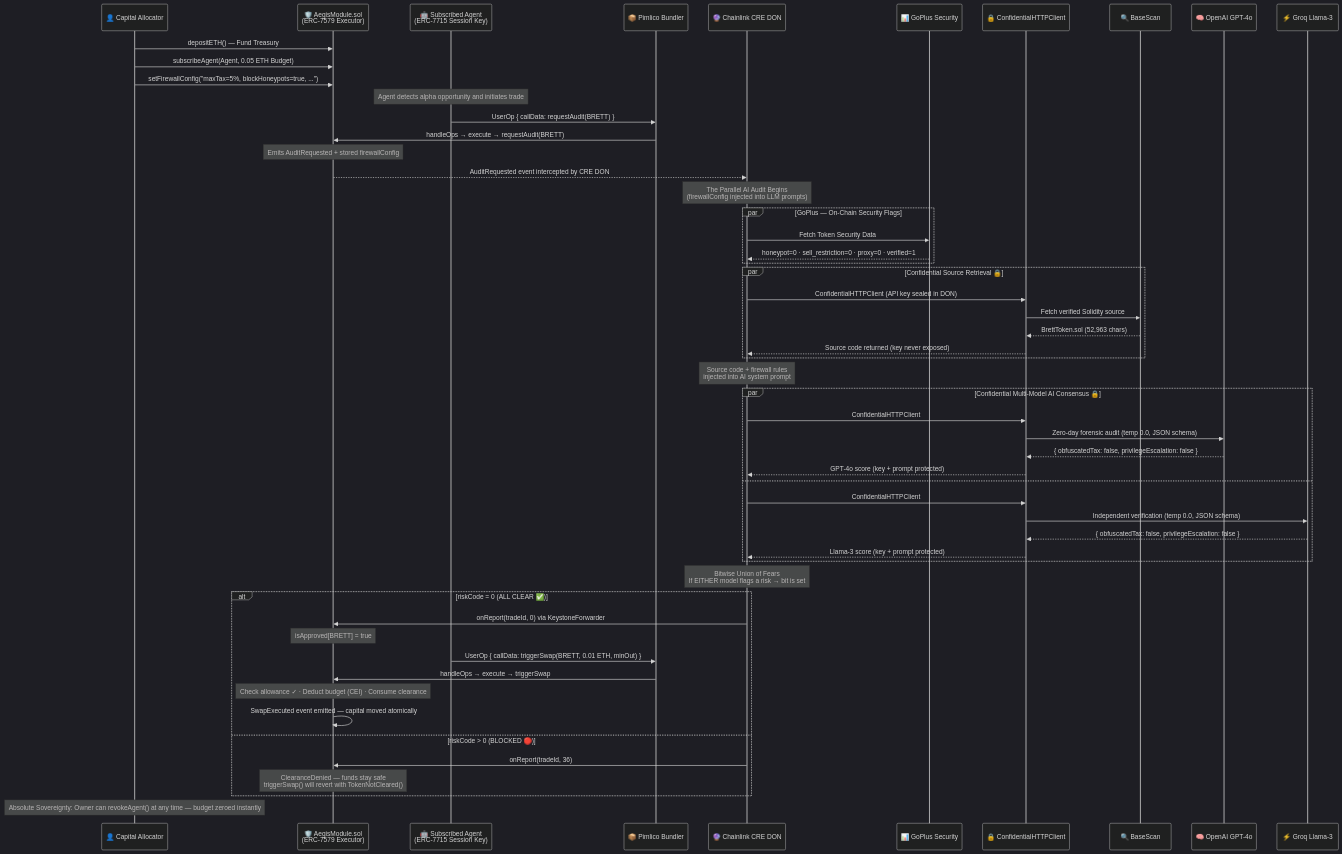
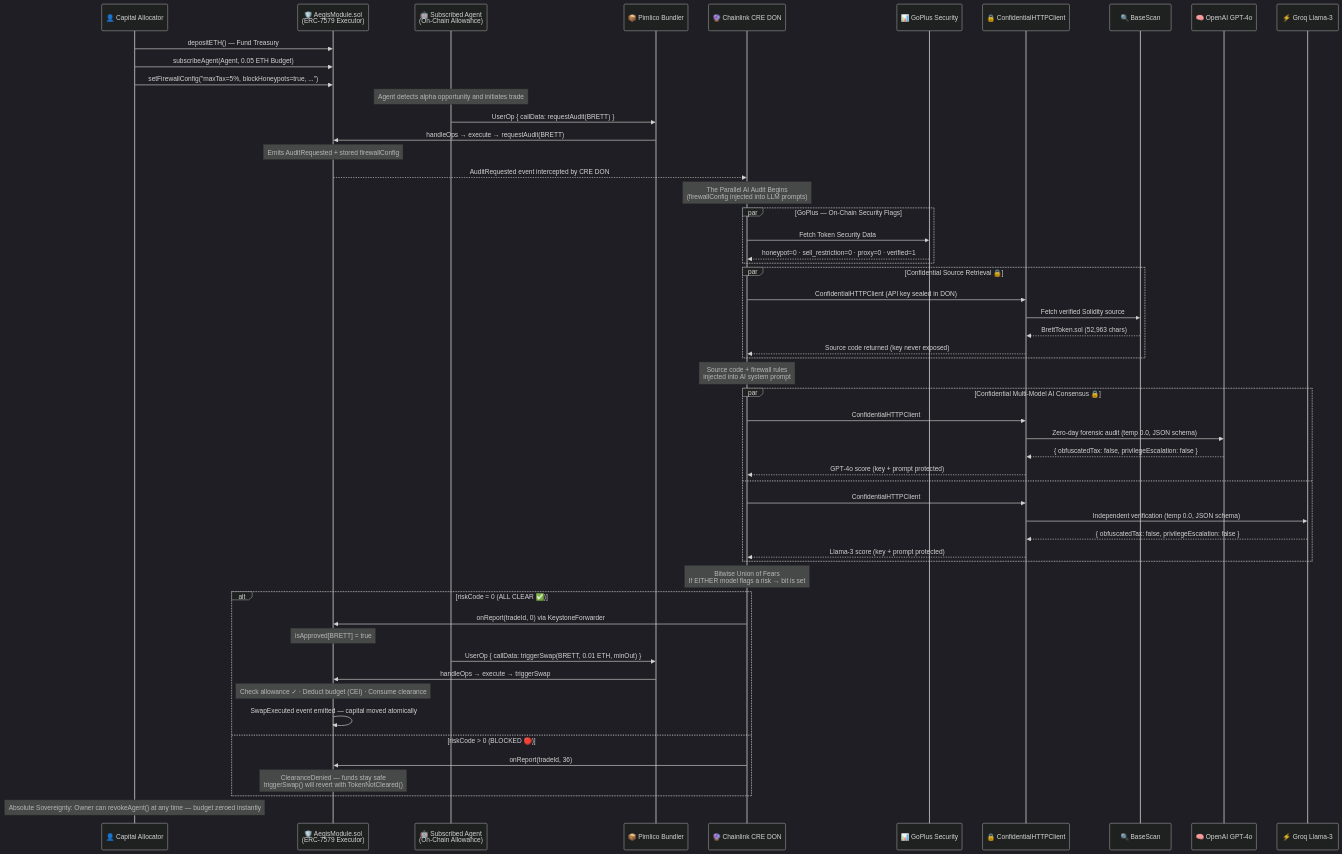
Before and after one commit to vjb/aegis-v5: the diagram in README.md, drawn with Mermaid (dark theme). The commit also changed 7 other files, not shown here.

````diff
--- a/README.md
+++ b/README.md
@@ -51,69 +51,69 @@
 ```mermaid
 sequenceDiagram
     participant Owner as 👤 Capital Allocator
     participant Module as 🛡️ AegisModule.sol<br/>(ERC-7579 Executor)
-    participant Agent as 🤖 Subscribed Agent<br/>(ERC-7715 Session Key)
+    participant Agent as 🤖 Subscribed Agent<br/>(On-Chain Allowance)
     participant Bundler as 📦 Pimlico Bundler
     participant Node as 🔮 Chainlink CRE DON
     participant GoPlus as 📊 GoPlus Security
     participant Enclave as 🔒 ConfidentialHTTPClient
     participant BaseScan as 🔍 BaseScan
     participant OpenAI as 🧠 OpenAI GPT-4o
     participant Groq as ⚡ Groq Llama-3
 
     Owner->>Module: depositETH() — Fund Treasury
     Owner->>Module: subscribeAgent(Agent, 0.05 ETH Budget)
     Owner->>Module: setFirewallConfig("maxTax=5%, blockHoneypots=true, ...")
     
     Note over Agent: Agent detects alpha opportunity and initiates trade
 
     Agent->>Bundler: UserOp { callData: requestAudit(BRETT) }
     Bundler->>Module: handleOps → execute → requestAudit(BRETT)
     Note over Module: Emits AuditRequested + stored firewallConfig
 
     Module-->>Node: AuditRequested event intercepted by CRE DON
 
     Note over Node: The Parallel AI Audit Begins<br/>(firewallConfig injected into LLM prompts)
 
     par GoPlus — On-Chain Security Flags
         Node->>GoPlus: Fetch Token Security Data
         GoPlus-->>Node: honeypot=0 · sell_restriction=0 · proxy=0 · verified=1
     end
 
     par Confidential Source Retrieval 🔒
         Node->>Enclave: ConfidentialHTTPClient (API key sealed in DON)
         Enclave->>BaseScan: Fetch verified Solidity source
         BaseScan-->>Enclave: BrettToken.sol (52,963 chars)
         Enclave-->>Node: Source code returned (key never exposed)
     end
 
     Note over Node: Source code + firewall rules<br/>injected into AI system prompt
 
     par Confidential Multi-Model AI Consensus 🔒
         Node->>Enclave: ConfidentialHTTPClient
         Enclave->>OpenAI: Zero-day forensic audit (temp 0.0, JSON schema)
         OpenAI-->>Enclave: { obfuscatedTax: false, privilegeEscalation: false }
         Enclave-->>Node: GPT-4o score (key + prompt protected)
     and
         Node->>Enclave: ConfidentialHTTPClient
         Enclave->>Groq: Independent verification (temp 0.0, JSON schema)
         Groq-->>Enclave: { obfuscatedTax: false, privilegeEscalation: false }
         Enclave-->>Node: Llama-3 score (key + prompt protected)
     end
 
     Note over Node: Bitwise Union of Fears<br/>If EITHER model flags a risk → bit is set
 
     alt riskCode = 0 (ALL CLEAR ✅)
         Node->>Module: onReport(tradeId, 0) via KeystoneForwarder
         Note over Module: isApproved[BRETT] = true
         Agent->>Bundler: UserOp { callData: triggerSwap(BRETT, 0.01 ETH, minOut) }
         Bundler->>Module: handleOps → execute → triggerSwap
         Note over Module: Check allowance ✓ · Deduct budget (CEI) · Consume clearance
         Module->>Module: SwapExecuted event emitted — capital moved atomically
     else riskCode > 0 (BLOCKED 🔴)
         Node->>Module: onReport(tradeId, 36)
         Note over Module: ClearanceDenied — funds stay safe<br/>triggerSwap() will revert with TokenNotCleared()
     end
     
     Note over Owner: Absolute Sovereignty: Owner can revokeAgent() at any time — budget zeroed instantly
 ```
````
